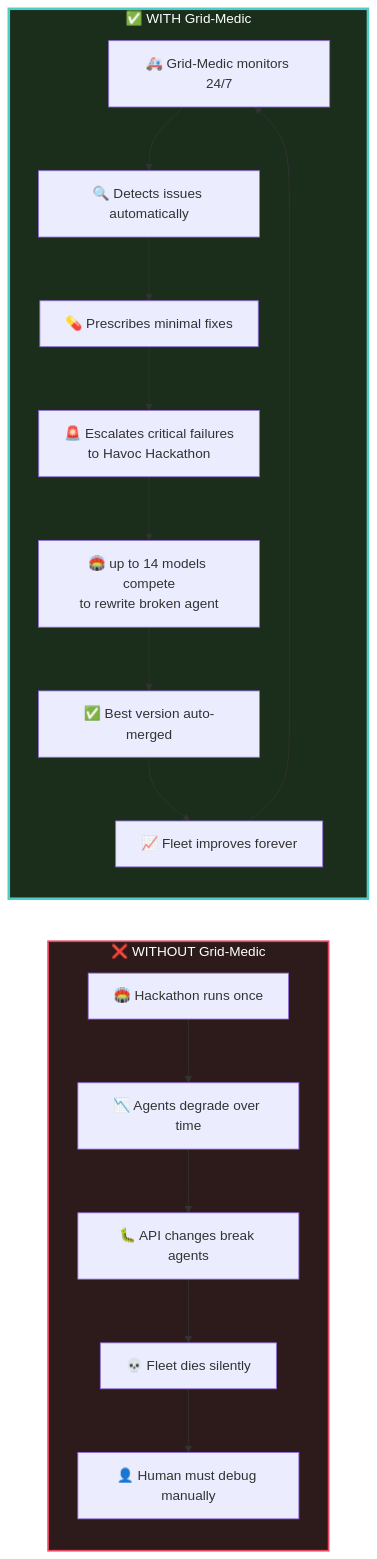
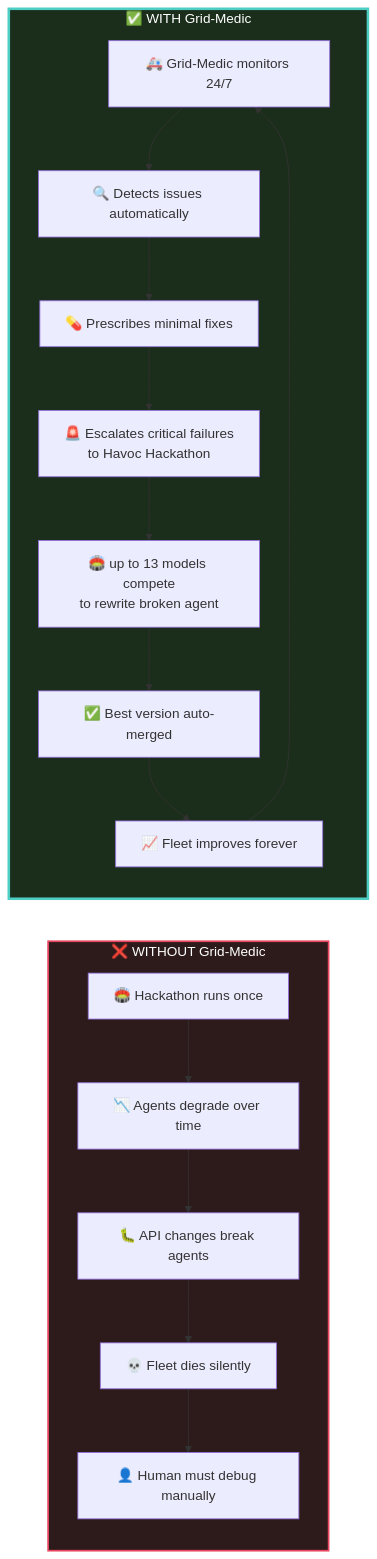
Before and after one commit to DUBSOpenHub/havoc-hackathon: the second of 5 diagrams in docs/GRID-MEDIC-ARCHITECTURE.md, drawn with Mermaid. The commit also changed other lines of this file and 7 other files, not shown here.

````diff
--- a/docs/GRID-MEDIC-ARCHITECTURE.md
+++ b/docs/GRID-MEDIC-ARCHITECTURE.md
@@ -59,24 +59,24 @@
 ```mermaid
 flowchart LR
     subgraph WITHOUT["❌ WITHOUT Grid-Medic"]
         direction TB
         W1["🏟️ Hackathon runs once"] --> W2["📉 Agents degrade over time"]
         W2 --> W3["🐛 API changes break agents"]
         W3 --> W4["💀 Fleet dies silently"]
         W4 --> W5["👤 Human must debug manually"]
     end
 
     subgraph WITH["✅ WITH Grid-Medic"]
         direction TB
         G1["🚑 Grid-Medic monitors 24/7"] --> G2["🔍 Detects issues automatically"]
         G2 --> G3["💊 Prescribes minimal fixes"]
         G3 --> G4["🚨 Escalates critical failures\nto Havoc Hackathon"]
-        G4 --> G5["🏟️ up to 14 models compete\nto rewrite broken agent"]
+        G4 --> G5["🏟️ up to 13 models compete\nto rewrite broken agent"]
         G5 --> G6["✅ Best version auto-merged"]
         G6 --> G7["📈 Fleet improves forever"]
         G7 --> G1
     end
 
     style WITHOUT fill:#2d1b1b,stroke:#e94560,stroke-width:2px,color:#fff
     style WITH fill:#1b2d1b,stroke:#4ecdc4,stroke-width:3px,color:#fff
 ```
````
